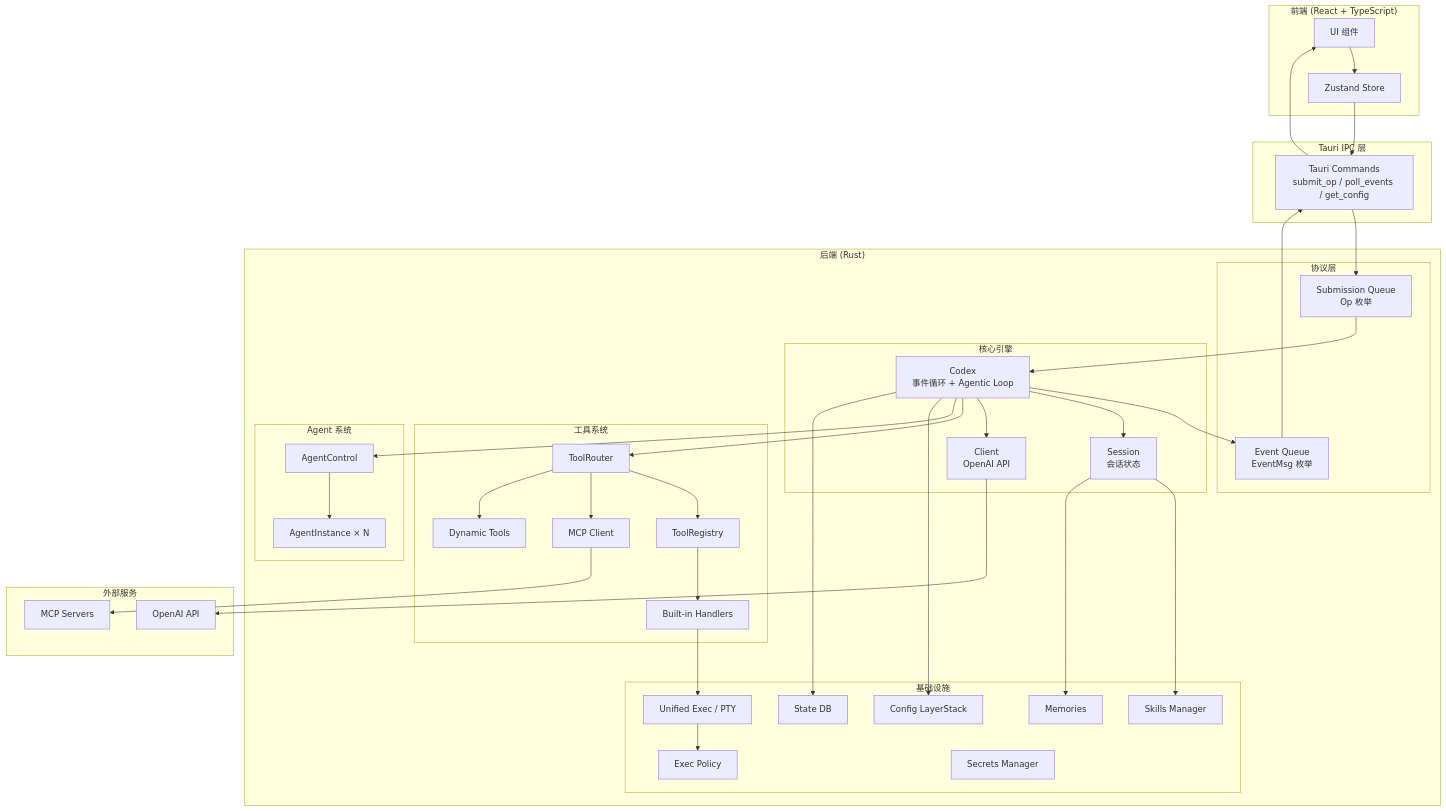
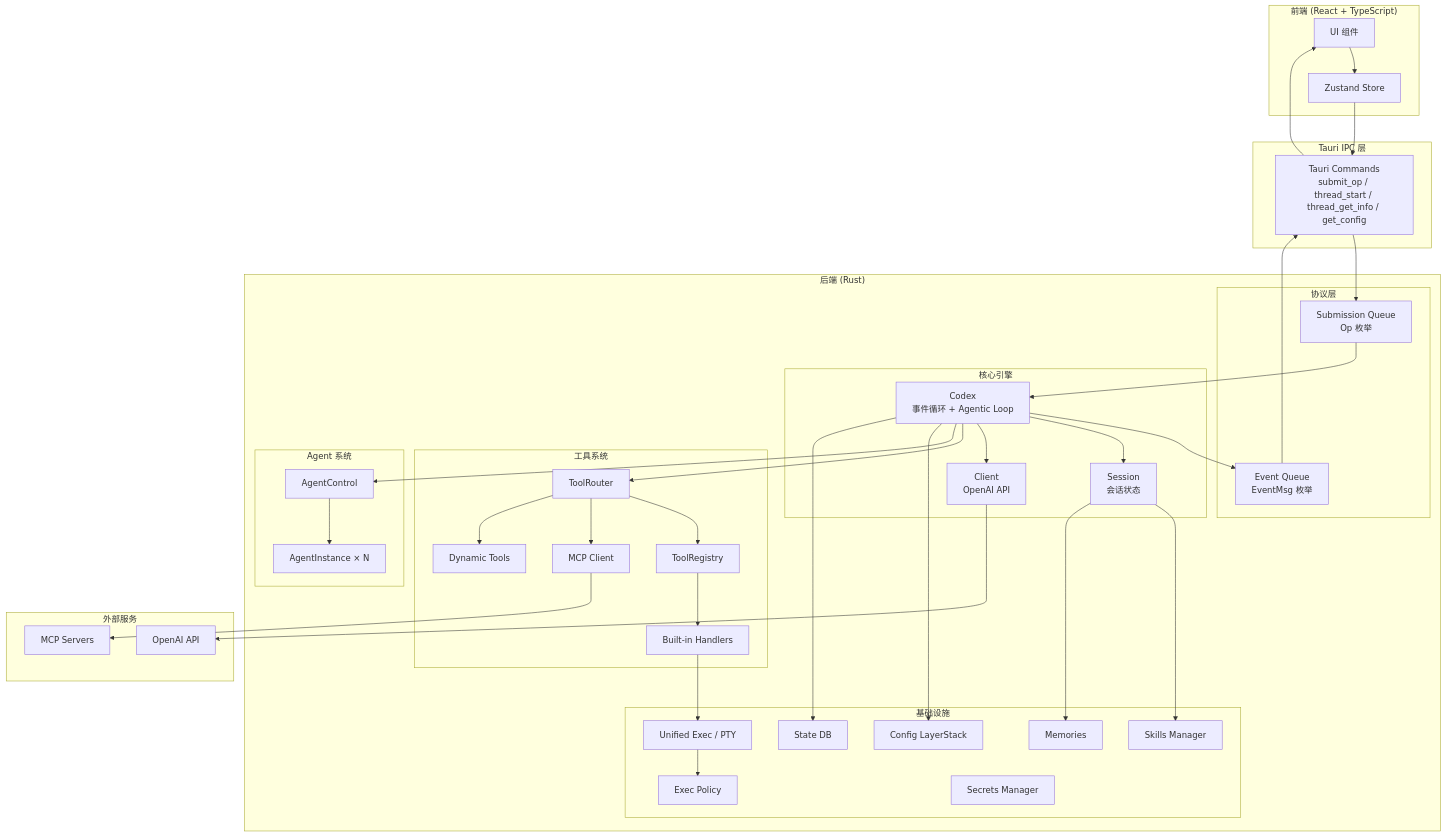
Before and after one commit to hijimo/Mosaic-Desktop: the first of 4 diagrams in docs/architecture/07-system-architecture.md, drawn with Mermaid. The commit also changed 132 other files, not shown here.

````diff
--- a/docs/architecture/07-system-architecture.md
+++ b/docs/architecture/07-system-architecture.md
@@ -5,81 +5,81 @@
 ```mermaid
 graph TB
     subgraph Frontend["前端 (React + TypeScript)"]
         UI[UI 组件]
         Store[Zustand Store]
     end
 
     subgraph Tauri["Tauri IPC 层"]
-        CMD[Tauri Commands<br/>submit_op / poll_events / get_config]
+        CMD[Tauri Commands<br/>submit_op / thread_start / thread_get_info / get_config]
     end
 
     subgraph Backend["后端 (Rust)"]
         subgraph Protocol["协议层"]
             SQ[Submission Queue<br/>Op 枚举]
             EQ[Event Queue<br/>EventMsg 枚举]
         end
 
         subgraph Core["核心引擎"]
             Codex[Codex<br/>事件循环 + Agentic Loop]
             Session[Session<br/>会话状态]
             Client[Client<br/>OpenAI API]
         end
 
         subgraph Tools["工具系统"]
             Router[ToolRouter]
             Registry[ToolRegistry]
             Handlers[Built-in Handlers]
             MCPClient[MCP Client]
             DynTools[Dynamic Tools]
         end
 
         subgraph Agent["Agent 系统"]
             Control[AgentControl]
             Instances[AgentInstance × N]
         end
 
         subgraph Infra["基础设施"]
             Config[Config LayerStack]
             Exec[Unified Exec / PTY]
             Policy[Exec Policy]
             Skills[Skills Manager]
             Memories[Memories]
             State[State DB]
             Secrets[Secrets Manager]
         end
     end
 
     subgraph External["外部服务"]
         API[OpenAI API]
         MCPServers[MCP Servers]
     end
 
     UI --> Store
     Store --> CMD
     CMD --> SQ
     EQ --> CMD
     CMD --> UI
 
     SQ --> Codex
     Codex --> EQ
     Codex --> Session
     Codex --> Client
     Codex --> Router
 
     Client --> API
     Router --> Registry
     Router --> MCPClient
     Router --> DynTools
     Registry --> Handlers
     MCPClient --> MCPServers
     Handlers --> Exec
     Exec --> Policy
 
     Codex --> Control
     Control --> Instances
 
     Session --> Skills
     Session --> Memories
     Codex --> Config
     Codex --> State
 ```
````
